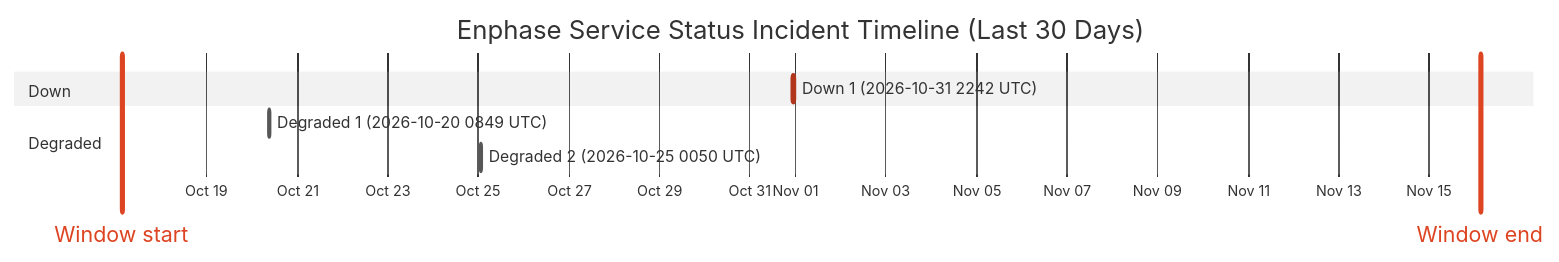
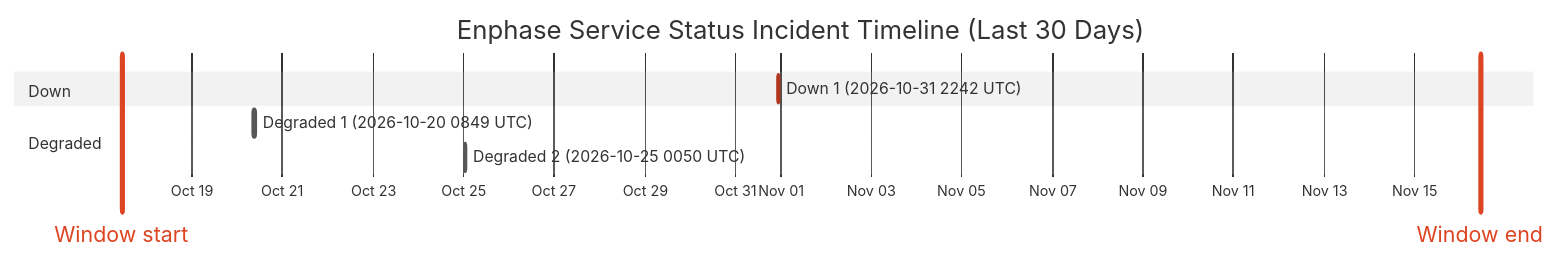
Before and after one commit to barneyonline/ha-enphase-energy: the diagram in wiki/Service-Status-History.md, drawn with Mermaid (neutral theme). The commit also changed other lines of this file and 3 other files, not shown here.

````diff
--- a/wiki/Service-Status-History.md
+++ b/wiki/Service-Status-History.md
@@ -14,13 +14,13 @@
 ```mermaid
 gantt
     title Enphase Service Status Incident Timeline (Last 30 Days)
     dateFormat  YYYY-MM-DDTHH:mm:ss
     axisFormat  %b %d
-    Window start :vert, window-start, 2026-10-17T02:57:20, 0ms
-    Window end :vert, window-end, 2026-11-16T02:57:20, 0ms
+    Window start :vert, window-start, 2026-10-17T10:49:32, 0ms
+    Window end :vert, window-end, 2026-11-16T10:49:32, 0ms
     section Down
     Down 1 (2026-10-31 2242 UTC) :crit, down-1, 2026-10-31T22:42:18, 60m
     section Degraded
     Degraded 1 (2026-10-20 0849 UTC) :active, degraded-1, 2026-10-20T08:49:49, 60m
     Degraded 2 (2026-10-25 0050 UTC) :active, degraded-2, 2026-10-25T00:50:01, 60m
 ```
````
